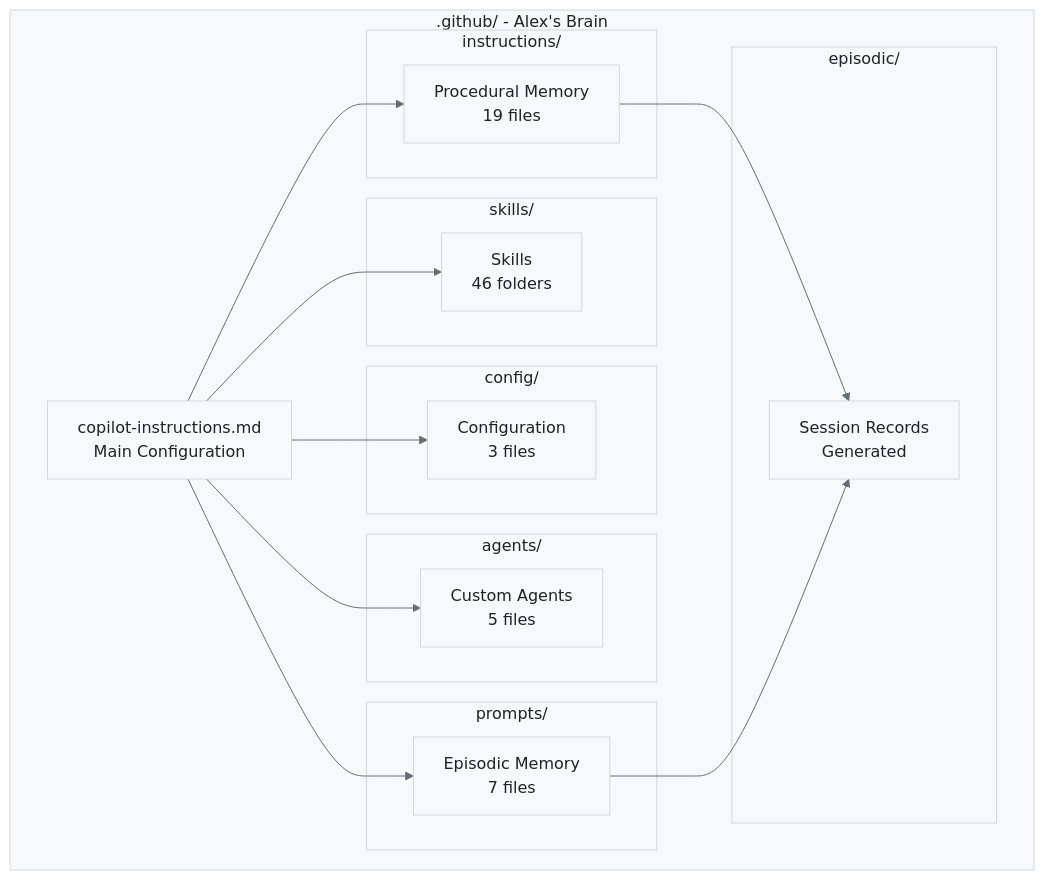
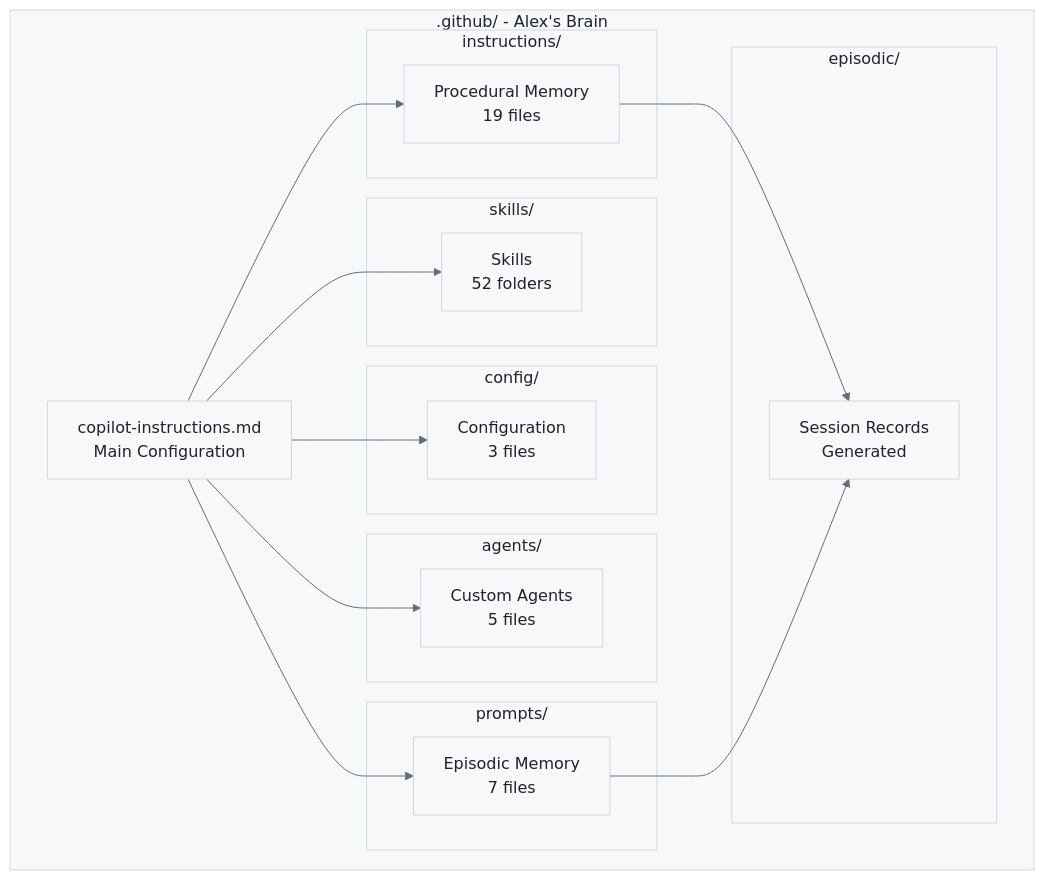
The diagram in alex_docs/PROJECT-STRUCTURE.md (fabioc-aloha/Alex_Plug_In), drawn with Mermaid before and after one commit. The commit also changed other lines of this file and 15 other files, not shown here.

````diff
--- a/alex_docs/PROJECT-STRUCTURE.md
+++ b/alex_docs/PROJECT-STRUCTURE.md
@@ -11,39 +11,39 @@
 ```mermaid
 %%{init: {'theme': 'base', 'themeVariables': { 'primaryColor': '#f6f8fa', 'primaryTextColor': '#1f2328', 'primaryBorderColor': '#d1d9e0', 'lineColor': '#656d76', 'secondaryColor': '#f6f8fa', 'tertiaryColor': '#ffffff', 'background': '#ffffff', 'mainBkg': '#f6f8fa', 'nodeBorder': '#d1d9e0', 'clusterBkg': '#f6f8fa', 'clusterBorder': '#d1d9e0', 'titleColor': '#1f2328', 'edgeLabelBackground': '#ffffff'}}}%%
 graph TB
     subgraph ".github/ - Alex's Brain"
         CI[copilot-instructions.md<br/>Main Configuration]
 
         subgraph "instructions/"
             PROC[Procedural Memory<br/>19 files]
         end
 
         subgraph "prompts/"
             EPIS[Episodic Memory<br/>7 files]
         end
 
         subgraph "skills/"
-            SK[Skills<br/>46 folders]
+            SK[Skills<br/>52 folders]
         end
 
         subgraph "config/"
             CFG[Configuration<br/>3 files]
         end
 
         subgraph "agents/"
             AGT[Custom Agents<br/>5 files]
         end
 
         subgraph "episodic/"
             SESS[Session Records<br/>Generated]
         end
     end
 
     CI --> PROC
     CI --> EPIS
     CI --> SK
     CI --> CFG
     CI --> AGT
     PROC --> SESS
     EPIS --> SESS
 ```
````
